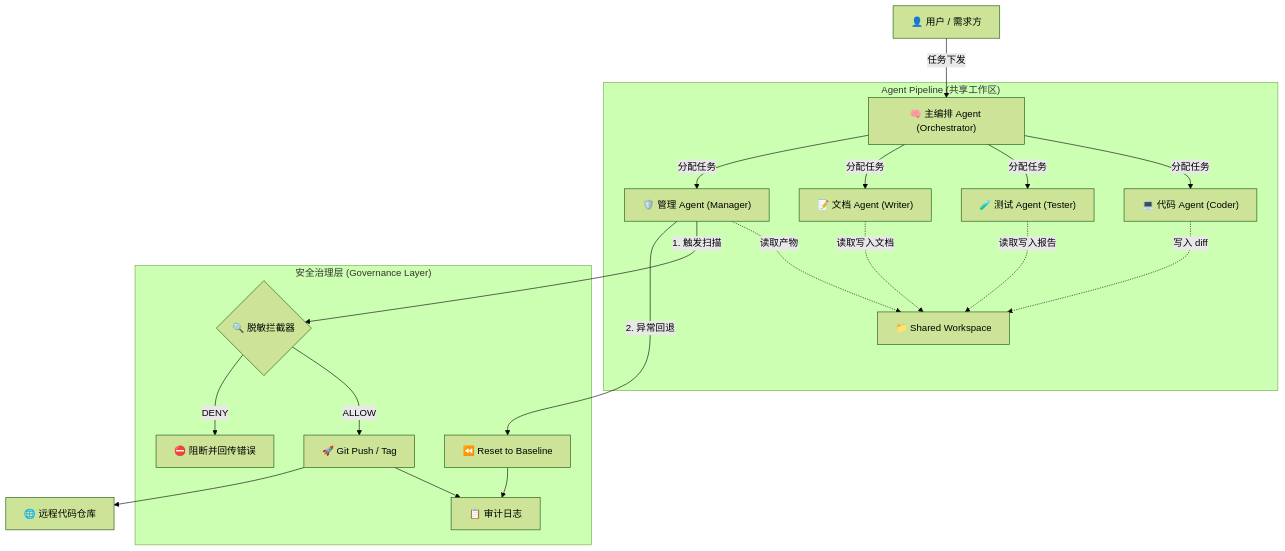
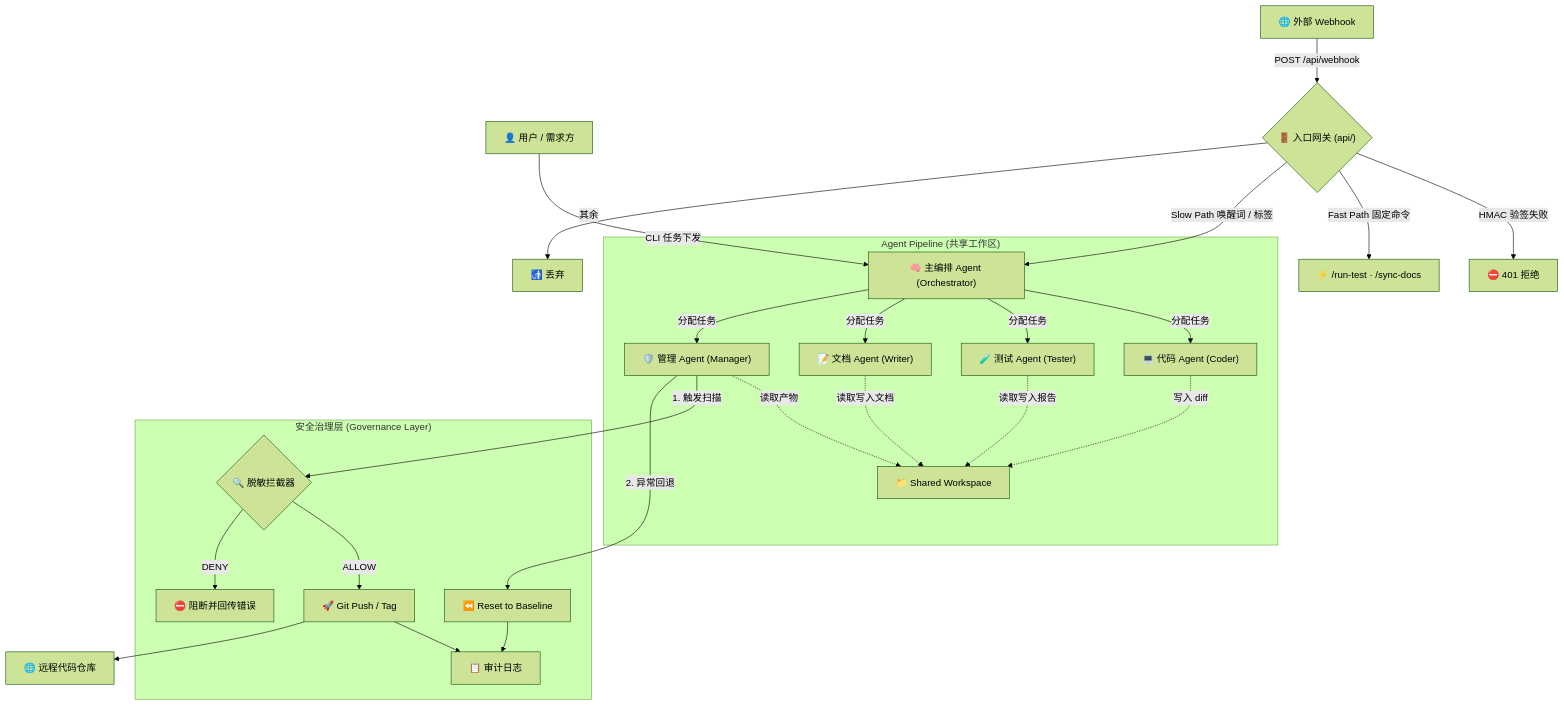
One commit to PPACT/AgentSentinel changed the diagram in README.md. Above: the diagram before and after it, drawn with Mermaid (forest theme). The commit also changed other lines of this file, not shown here.

````diff
--- a/README.md
+++ b/README.md
@@ -39,27 +40,32 @@
 ```mermaid
 graph TD
-    User["👤 用户 / 需求方"] -->|任务下发| Orchestrator["🧠 主编排 Agent (Orchestrator)"]
+    User["👤 用户 / 需求方"] -->|CLI 任务下发| Orchestrator["🧠 主编排 Agent (Orchestrator)"]
+    Webhook["🌐 外部 Webhook"] -->|POST /api/webhook| Ingress{"🚪 入口网关 (api/)"}
+    Ingress -->|HMAC 验签失败| Reject["⛔ 401 拒绝"]
+    Ingress -->|Fast Path 固定命令| FastCmd["⚡ /run-test · /sync-docs"]
+    Ingress -->|Slow Path 唤醒词 / 标签| Orchestrator
+    Ingress -->|其余| Drop["🚮 丢弃"]
 
     subgraph "Agent Pipeline (共享工作区)"
         Orchestrator -->|分配任务| Coder["💻 代码 Agent (Coder)"]
         Orchestrator -->|分配任务| Tester["🧪 测试 Agent (Tester)"]
         Orchestrator -->|分配任务| Writer["📝 文档 Agent (Writer)"]
         Orchestrator -->|分配任务| Manager["🛡️ 管理 Agent (Manager)"]
 
         Coder -.->|写入 diff| SharedWorkspace["📁 Shared Workspace"]
         Tester -.->|读取写入报告| SharedWorkspace
         Writer -.->|读取写入文档| SharedWorkspace
         Manager -.->|读取产物| SharedWorkspace
     end
 
     subgraph "安全治理层 (Governance Layer)"
         Manager -->|1. 触发扫描| Sanitizer{"🔍 脱敏拦截器"}
         Sanitizer -->|ALLOW| GitPush["🚀 Git Push / Tag"]
         Sanitizer -->|DENY| Block["⛔ 阻断并回传错误"]
         Manager -->|2. 异常回退| GitReset["⏪ Reset to Baseline"]
         GitPush --> AuditLog["📋 审计日志"]
         GitReset --> AuditLog
     end
 
     GitPush --> RemoteRepo["🌐 远程代码仓库"]
 ```
````
